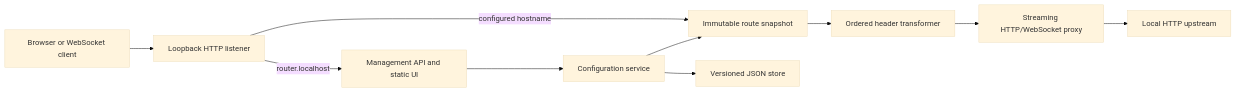
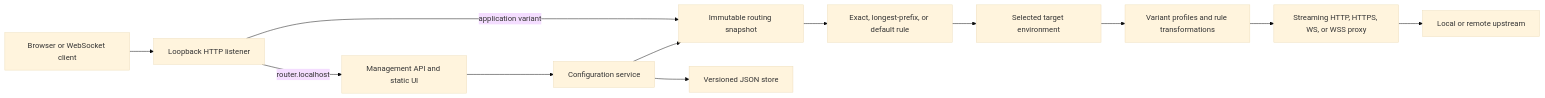
The first of 3 diagrams in docs/architecture.md (Temosh/defftra-router), drawn with Mermaid (base theme) before and after one commit. The commit also changed other lines of this file and 10 other files, not shown here.

````diff
--- a/docs/architecture.md
+++ b/docs/architecture.md
@@ -7,12 +7,14 @@
 ```mermaid
 flowchart LR
     Browser["Browser or WebSocket client"] --> Listener["Loopback HTTP listener"]
     Listener -->|"router.localhost"| Management["Management API and static UI"]
-    Listener -->|"configured hostname"| Router["Immutable route snapshot"]
-    Router --> Transform["Ordered header transformer"]
-    Transform --> Proxy["Streaming HTTP/WebSocket proxy"]
-    Proxy --> Upstream["Local HTTP upstream"]
+    Listener -->|"application variant"| Snapshot["Immutable routing snapshot"]
+    Snapshot --> Rule["Exact, longest-prefix, or default rule"]
+    Rule --> Environment["Selected target environment"]
+    Environment --> Transform["Variant profiles and rule transformations"]
+    Transform --> Proxy["Streaming HTTP, HTTPS, WS, or WSS proxy"]
+    Proxy --> Upstream["Local or remote upstream"]
     Management --> Config["Configuration service"]
     Config --> Store["Versioned JSON store"]
-    Config --> Router
+    Config --> Snapshot
 ```
````
